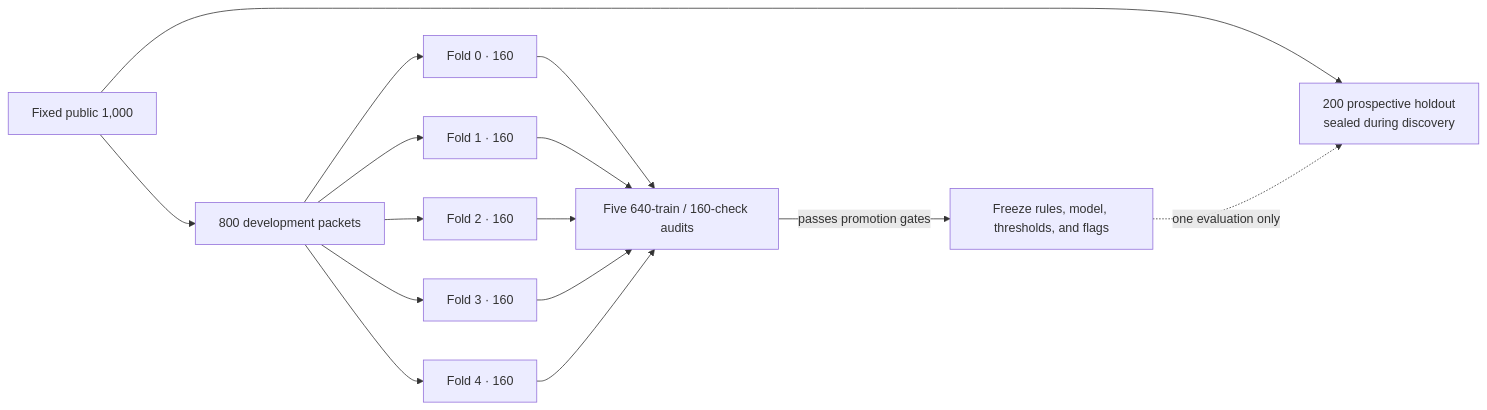
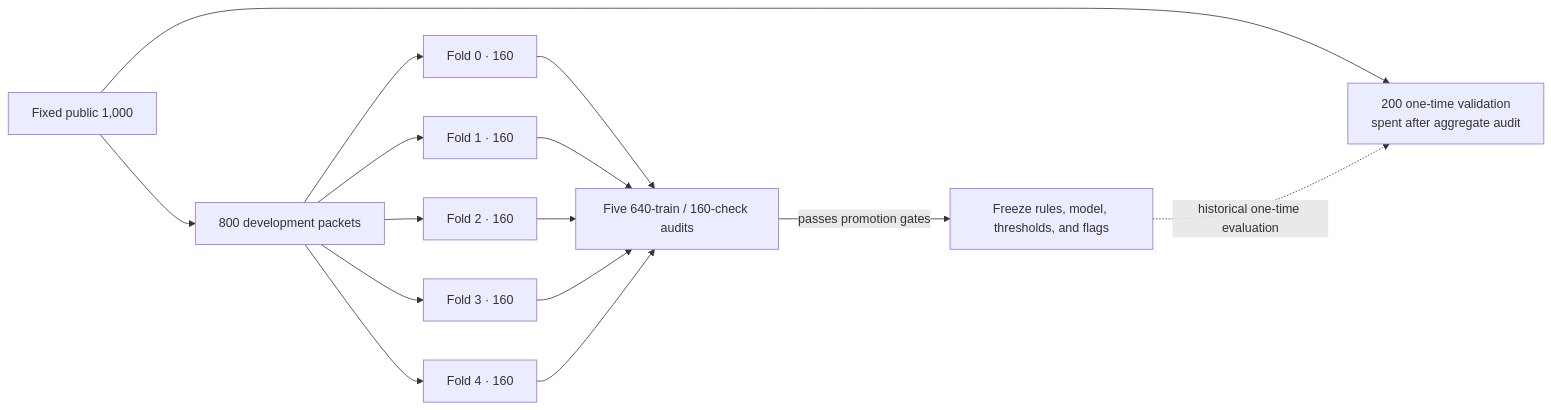
Before and after one commit to midasavocado/mib-doc-challenge-solution: the fifth of 5 diagrams in MEMO.md, drawn with Mermaid. The commit also changed other lines of this file and 8 other files, not shown here.

````diff
--- a/MEMO.md
+++ b/MEMO.md
@@ -610,13 +649,13 @@
 ```mermaid
 flowchart LR
     ALL["Fixed public 1,000"] --> DEV["800 development packets"]
-    ALL --> HOLD["200 prospective holdout<br/>sealed during discovery"]
+    ALL --> HOLD["200 one-time validation<br/>spent after aggregate audit"]
     DEV --> F0["Fold 0 · 160"]
     DEV --> F1["Fold 1 · 160"]
     DEV --> F2["Fold 2 · 160"]
     DEV --> F3["Fold 3 · 160"]
     DEV --> F4["Fold 4 · 160"]
     F0 & F1 & F2 & F3 & F4 --> OOF["Five 640-train / 160-check audits"]
     OOF -->|"passes promotion gates"| FREEZE["Freeze rules, model, thresholds, and flags"]
-    FREEZE -. "one evaluation only" .-> HOLD
+    FREEZE -. "historical one-time evaluation" .-> HOLD
 ```
````
